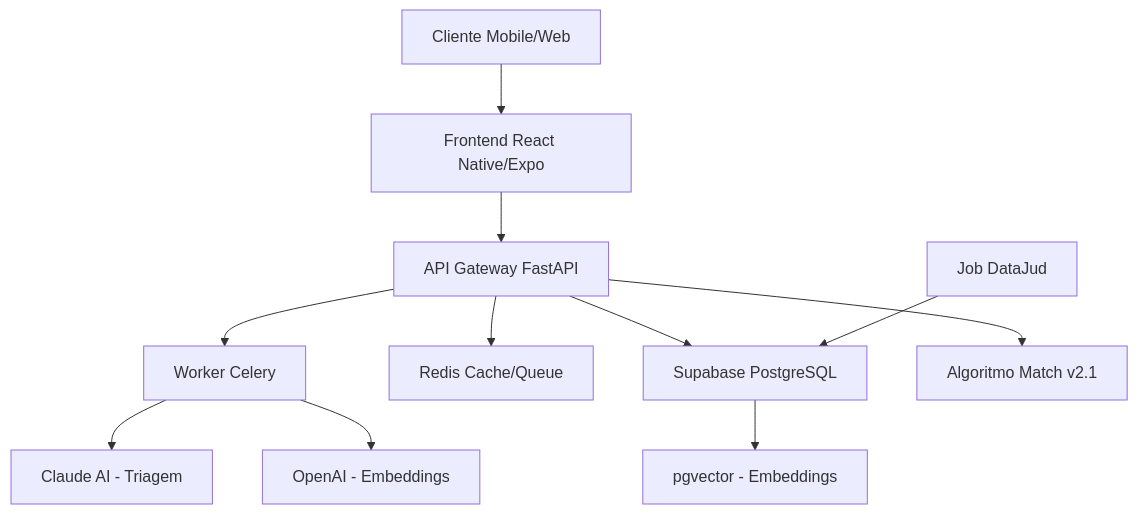
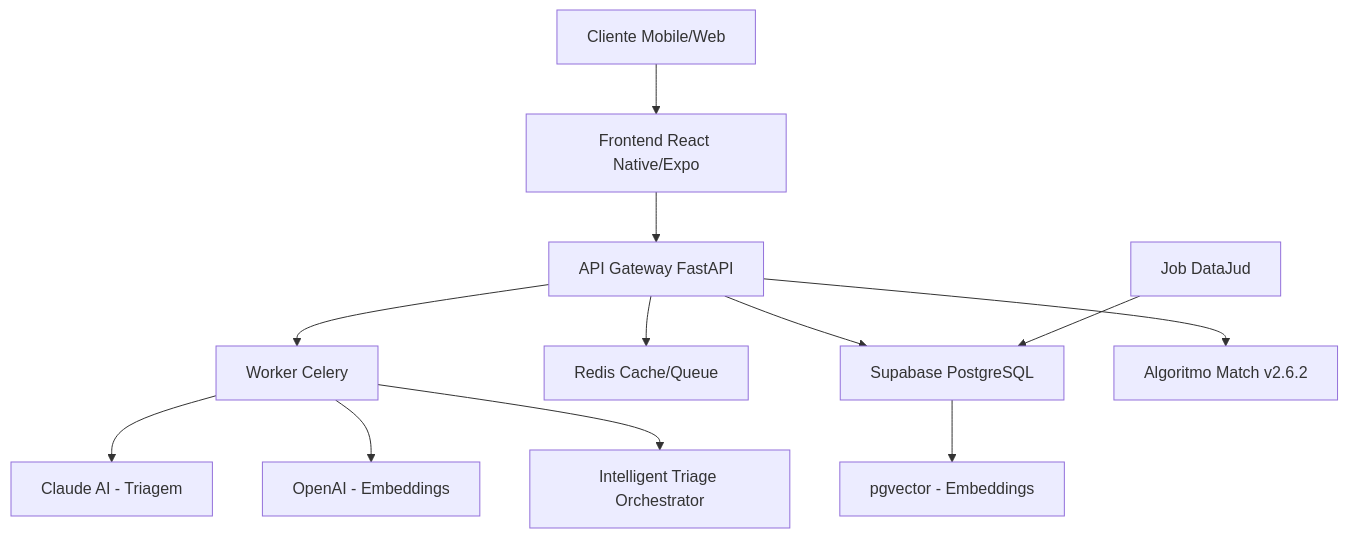
The first of 3 diagrams in DOCUMENTACAO_COMPLETA.md (NicholasJacob1990/LITGO), drawn with Mermaid before and after one commit. The commit also changed other lines of this file and 7 other files, not shown here.

````diff
--- a/DOCUMENTACAO_COMPLETA.md
+++ b/DOCUMENTACAO_COMPLETA.md
@@ -9,13 +9,14 @@
 ```mermaid
 graph TB
     A[Cliente Mobile/Web] --> B[Frontend React Native/Expo]
     B --> C[API Gateway FastAPI]
     C --> D[Worker Celery]
     C --> E[Redis Cache/Queue]
     C --> F[Supabase PostgreSQL]
     D --> G[Claude AI - Triagem]
     D --> H[OpenAI - Embeddings]
-    C --> I[Algoritmo Match v2.1]
+    C --> I[Algoritmo Match v2.6.2]
+    D --> L[Intelligent Triage Orchestrator]
     F --> J[pgvector - Embeddings]
     K[Job DataJud] --> F
 ```
````
